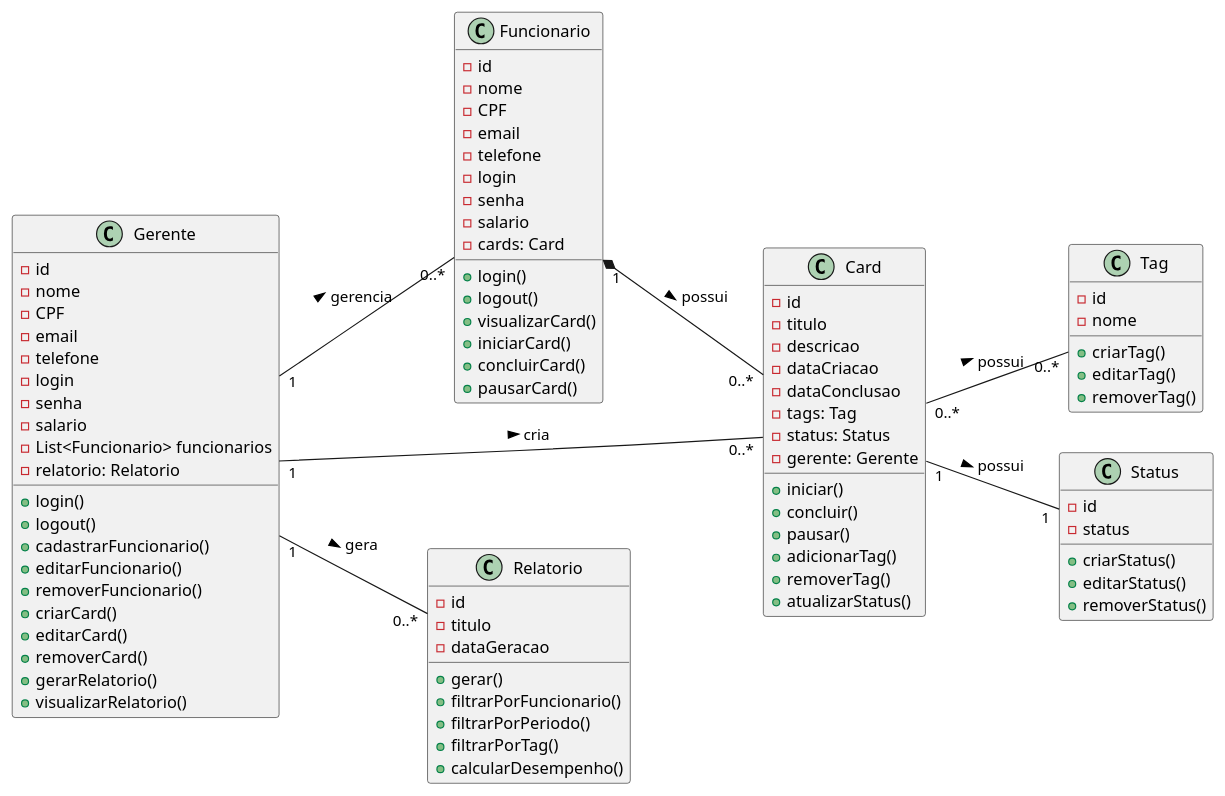
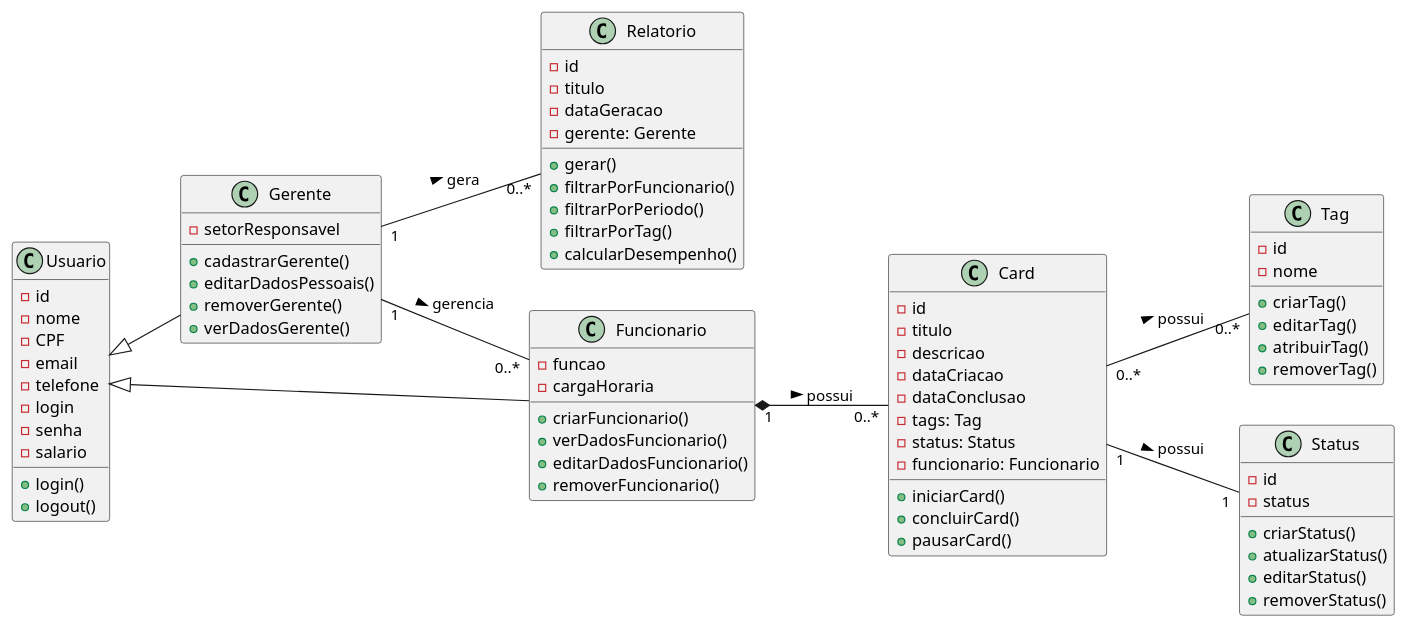
The diagram in diagrama_class.iuml (biiaalmeida/Tracker), drawn with PlantUML before and after one commit.

Commit message:
adjust_diagram

```diff
--- a/diagrama_class.iuml
+++ b/diagrama_class.iuml
@@ -1,95 +1,86 @@
 @startuml
 left to right direction
 
-class Gerente {
+class Usuario {
     - id
     - nome
     - CPF
     - email
     - telefone
     - login
     - senha
-    - salario 
-    - List<Funcionario> funcionarios
-    - relatorio: Relatorio
+    - salario
     + login()
     + logout()
-    + cadastrarFuncionario()
-    + editarFuncionario()
-    + removerFuncionario()
-    + criarCard()
-    + editarCard()
-    + removerCard()
-    + gerarRelatorio()
-    + visualizarRelatorio()
+}
+
+class Gerente { 
+    - setorResponsavel
+    
+    + cadastrarGerente()
+    + editarDadosPessoais()
+    + removerGerente()
+    + verDadosGerente()
 }
 
 class Funcionario {
-    - id
-    - nome
-    - CPF
-    - email
-    - telefone
-    - login
-    - senha
-    - salario 
-    - cards: Card
-    + login()
-    + logout()
-    + visualizarCard()
-    + iniciarCard()
-    + concluirCard()
-    + pausarCard()
+    - funcao
+    - cargaHoraria
+
+    + criarFuncionario()
+    + verDadosFuncionario()
+    + editarDadosFuncionario()
+    + removerFuncionario()
 }
 
 class Card {
     - id
     - titulo
     - descricao
     - dataCriacao
     - dataConclusao
     - tags: Tag
     - status: Status
-    - gerente: Gerente 
-    + iniciar()
-    + concluir()
-    + pausar()
-    + adicionarTag()
-    + removerTag()
-    + atualizarStatus()
+    - funcionario: Funcionario
+    + iniciarCard()
+    + concluirCard()
+    + pausarCard()
 }
 
 class Tag {
     - id
     - nome
     + criarTag()
     + editarTag()
+    + atribuirTag()
     + removerTag()
 }
 
 class Status {
     - id
     - status
     + criarStatus()
+    + atualizarStatus()
     + editarStatus()
     + removerStatus()
 }
 
 class Relatorio {
     - id
     - titulo
     - dataGeracao
+    - gerente: Gerente
     + gerar()
     + filtrarPorFuncionario()
     + filtrarPorPeriodo()
     + filtrarPorTag()
     + calcularDesempenho()
 }
-
+Usuario <|-- Gerente
+Usuario <|-- Funcionario
 Gerente "1" -- "0..*" Funcionario : gerencia >
 Funcionario "1" *-- "0..*" Card : possui >
 Card "0..*" -- "0..*" Tag : possui >
 Card "1" -- "1" Status : possui >
-Gerente "1" -- "0..*" Card : cria >
 Gerente "1" -- "0..*" Relatorio : gera >
 @endum
```
